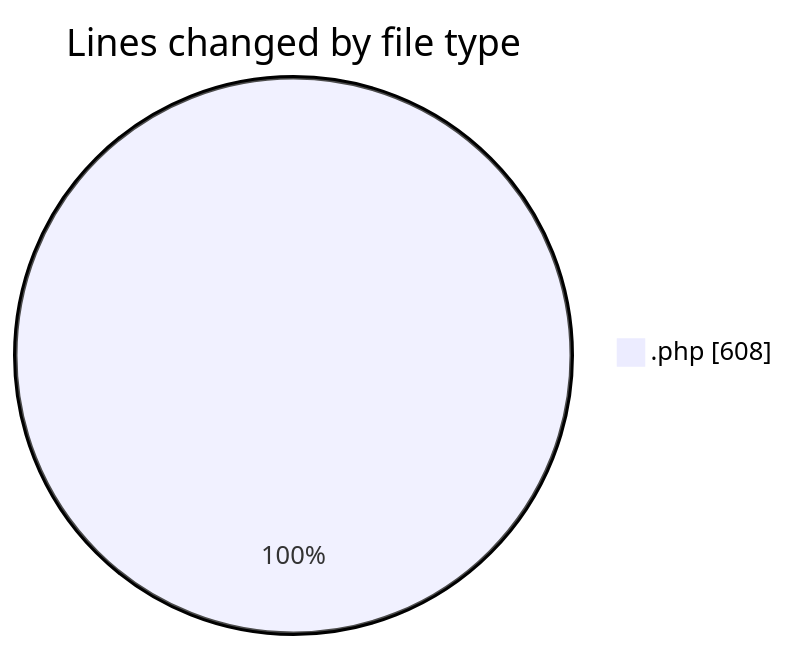
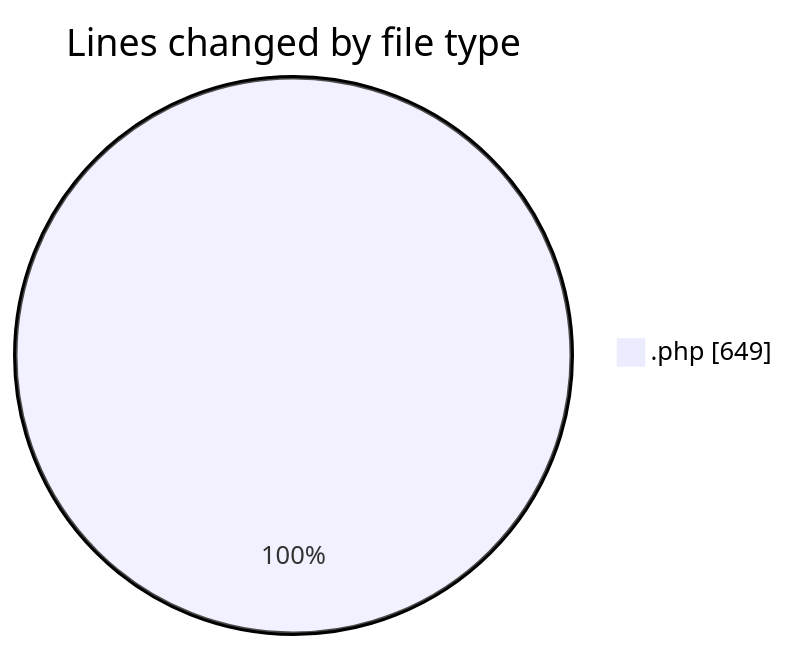
The first of 2 diagrams in 2026-09-15/web/README.md (LanceThiago/code-tracking), drawn with Mermaid before and after one commit. The commit also changed other lines of this file and 1 other file, not shown here.

````diff
--- a/2026-09-15/web/README.md
+++ b/2026-09-15/web/README.md
@@ -23,5 +23,5 @@
 ```mermaid
 pie showData
 title Lines changed by file type
-".php" : 608
+".php" : 649
 ```
````
